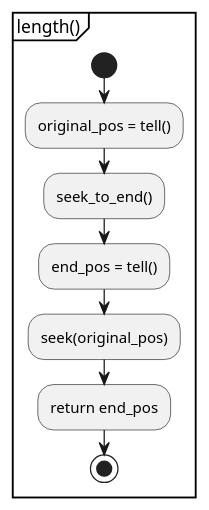
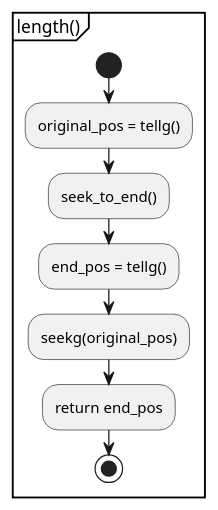
The fifth of 13 diagrams in document/document_reader/ipdfstream/object_stream/tokenizer/istream_extended/istream_extended.activity.pu (KodaiYM/PDFReader), drawn with PlantUML before and after one commit. The commit also changed other lines of this file and 28 other files, not shown here.

```diff
--- a/document/document_reader/ipdfstream/object_stream/tokenizer/istream_extended/istream_extended.activity.pu
+++ b/document/document_reader/ipdfstream/object_stream/tokenizer/istream_extended/istream_extended.activity.pu
@@ -51,11 +49,11 @@
 @startuml length
 partition "length()" {
 start
-	:original_pos = tell();
+	:original_pos = tellg();
 	:seek_to_end();
-	:end_pos = tell();
-	:seek(original_pos);
+	:end_pos = tellg();
+	:seekg(original_pos);
 	:return end_pos;
 stop
 }
 @enduml
```
